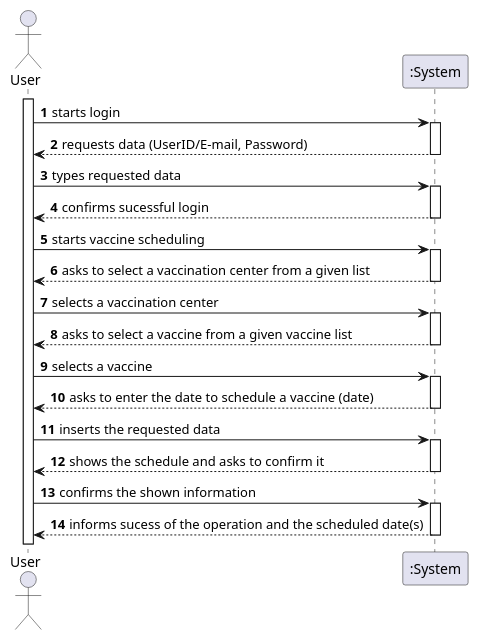
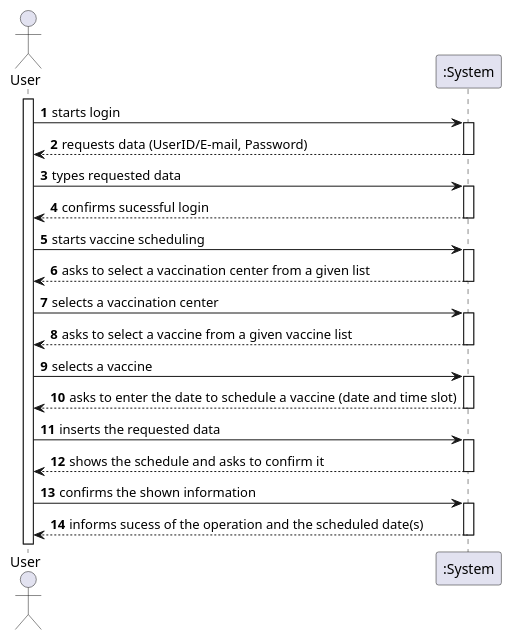
Before and after one commit to PedroMesquita1211171/VaccinationManager: the diagram in docs/SprintC/US/US1/US01_SSD.puml, drawn with PlantUML. The commit also changed 9 other files, not shown here.

```diff
--- a/docs/SprintC/US/US1/US01_SSD.puml
+++ b/docs/SprintC/US/US1/US01_SSD.puml
@@ -1,45 +1,45 @@
 @startuml
 'https://plantuml.com/sequence-diagram
 
 'REFAZER QUANDO ABACAR A PROGRAMAÇÃO
 
 
 autonumber
 actor "User" as USER
 
 activate USER
 USER -> ":System" : starts login
 activate ":System"
 ":System" --> USER : requests data (UserID/E-mail, Password)
 deactivate ":System"
 
 USER -> ":System" : types requested data
 activate ":System"
 ":System" --> USER : confirms sucessful login
 deactivate ":System"
 
 USER -> ":System" : starts vaccine scheduling
 activate ":System"
 ":System" --> USER : asks to select a vaccination center from a given list
 deactivate ":System"
 
 USER -> ":System" :  selects a vaccination center
 activate ":System"
 ":System" --> USER : asks to select a vaccine from a given vaccine list
 deactivate ":System"
 
 USER -> ":System" :  selects a vaccine
 activate ":System"
-":System" --> USER : asks to enter the date to schedule a vaccine (date)
+":System" --> USER : asks to enter the date to schedule a vaccine (date and time slot)
 deactivate ":System"
 
 USER -> ":System" : inserts the requested data
 activate ":System"
 ":System"--> USER : shows the schedule and asks to confirm it
 deactivate ":System"
 
 USER -> ":System" : confirms the shown information
 activate ":System"
 ":System" --> USER : informs sucess of the operation and the scheduled date(s)
 deactivate ":System"
 @enduml
```
